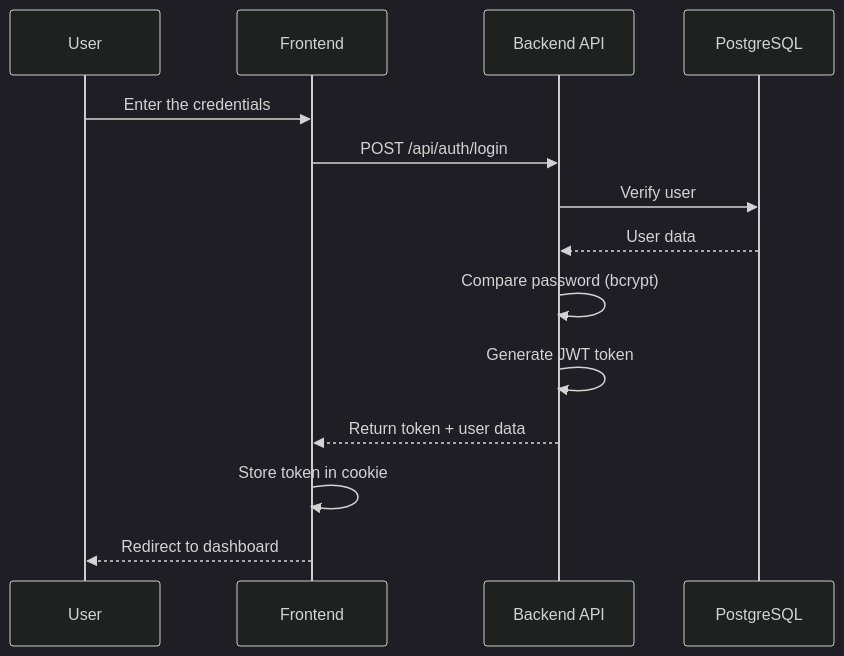
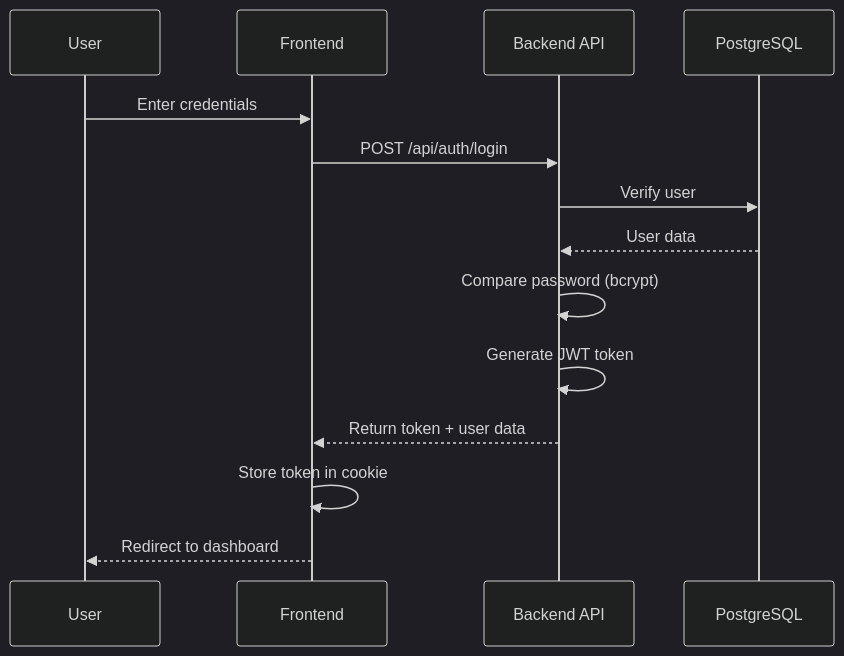
One commit to pragatmittal/CodeMitra changed the first of 3 diagrams in README.md. Above: the diagram before and after it, drawn with Mermaid (dark theme). The commit also changed other lines of this file, not shown here.

Commit message:
Update README.md to improve sequence diagrams and architecture image path

````diff
--- a/README.md
+++ b/README.md
@@ -207,12 +207,17 @@
 ```mermaid
 sequenceDiagram
-    User->>Frontend: Enter the credentials
-    Frontend->>Backend API: POST /api/auth/login
-    Backend API->>PostgreSQL: Verify user
-    PostgreSQL-->>Backend API: User data
-    Backend API->>Backend API: Compare password (bcrypt)
-    Backend API->>Backend API: Generate JWT token
-    Backend API-->>Frontend: Return token + user data
+    participant User
+    participant Frontend
+    participant BackendAPI as Backend API
+    participant PostgreSQL
+    
+    User->>Frontend: Enter credentials
+    Frontend->>BackendAPI: POST /api/auth/login
+    BackendAPI->>PostgreSQL: Verify user
+    PostgreSQL-->>BackendAPI: User data
+    BackendAPI->>BackendAPI: Compare password (bcrypt)
+    BackendAPI->>BackendAPI: Generate JWT token
+    BackendAPI-->>Frontend: Return token + user data
     Frontend->>Frontend: Store token in cookie
     Frontend-->>User: Redirect to dashboard
 ```
````
